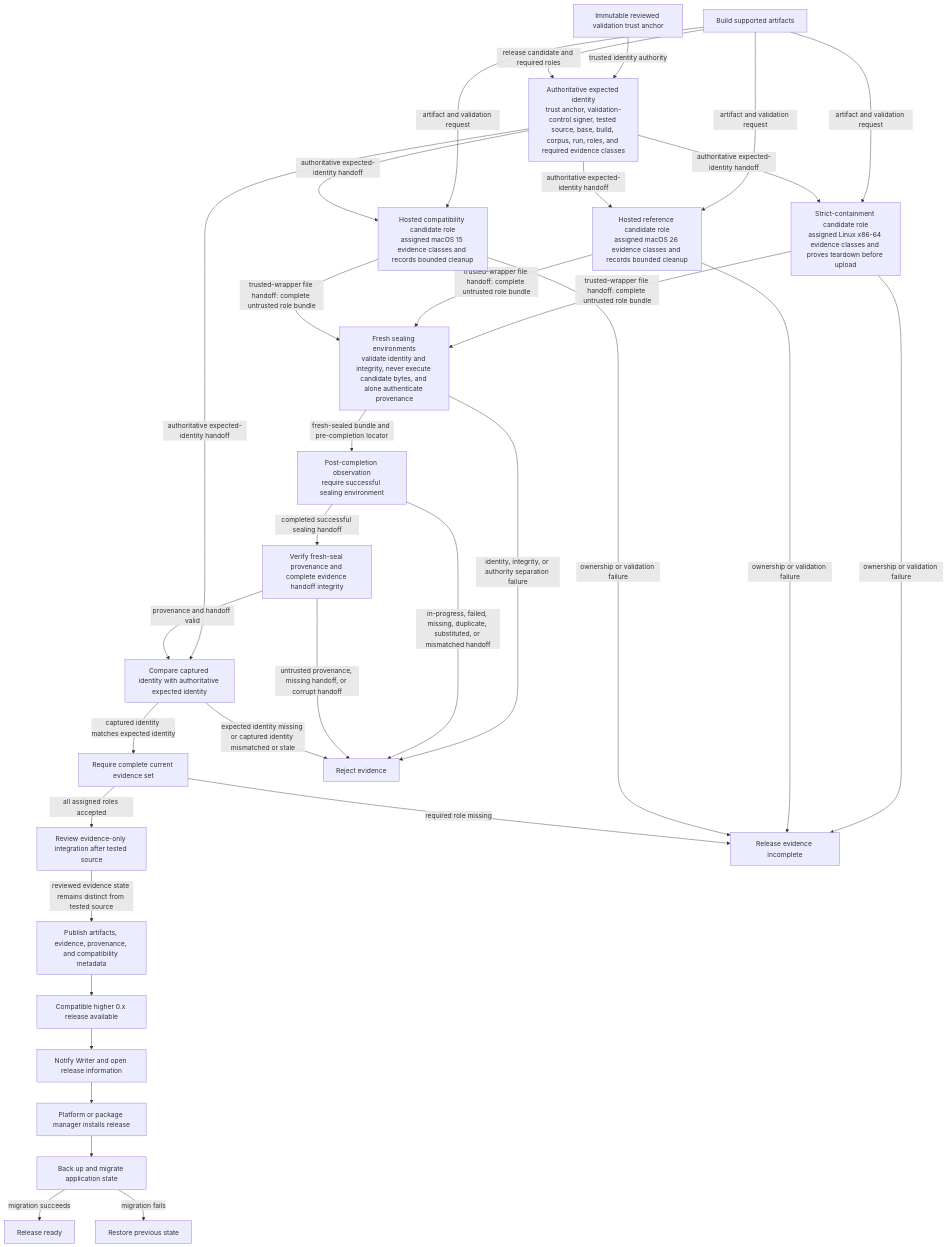
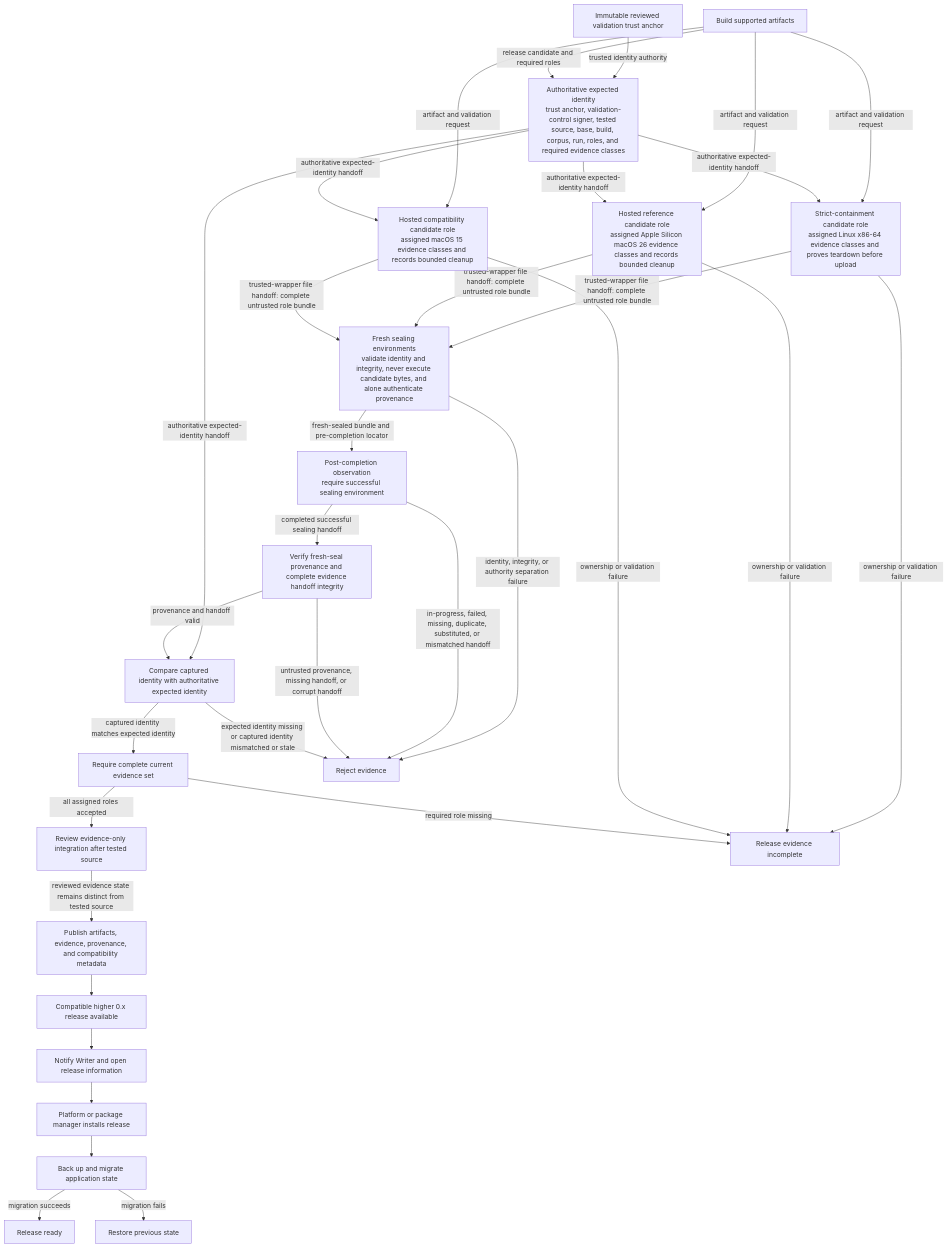
Before and after one commit to SkrOYC/burlmd: the diagram in .constitution/architecture/flows/flow-release.md, drawn with Mermaid.

Commit message:
docs(architecture): restore Apple Silicon release role qualifier

````diff
--- a/.constitution/architecture/flows/flow-release.md
+++ b/.constitution/architecture/flows/flow-release.md
@@ -13,57 +13,57 @@
 ```mermaid
 flowchart TD
     Build[Build supported artifacts]
     Trust[Immutable reviewed validation trust anchor]
     Expected[Authoritative expected identity\ntrust anchor, validation-control signer, tested source, base, build, corpus, run, roles, and required evidence classes]
     Linux[Strict-containment candidate role\nassigned Linux x86-64 evidence classes and proves teardown before upload]
-    MacReference[Hosted reference candidate role\nassigned macOS 26 evidence classes and records bounded cleanup]
+    MacReference[Hosted reference candidate role\nassigned Apple Silicon macOS 26 evidence classes and records bounded cleanup]
     MacCompatibility[Hosted compatibility candidate role\nassigned macOS 15 evidence classes and records bounded cleanup]
     Seal[Fresh sealing environments\nvalidate identity and integrity, never execute candidate bytes, and alone authenticate provenance]
     Observe[Post-completion observation\nrequire successful sealing environment]
     Integrity[Verify fresh-seal provenance and complete evidence handoff integrity]
     Identity[Compare captured identity with authoritative expected identity]
     Complete[Require complete current evidence set]
     Report[Review evidence-only integration after tested source]
     Publish[Publish artifacts, evidence, provenance, and compatibility metadata]
     Available[Compatible higher 0.x release available]
     Notify[Notify Writer and open release information]
     PlatformInstall[Platform or package manager installs release]
     Migrating[Back up and migrate application state]
     Ready[Release ready]
     PreviousState[Restore previous state]
     Failed[Release evidence incomplete]
     Rejected[Reject evidence]
 
     Trust -->|trusted identity authority| Expected
     Build -->|release candidate and required roles| Expected
     Build -->|artifact and validation request| Linux
     Build -->|artifact and validation request| MacReference
     Build -->|artifact and validation request| MacCompatibility
     Expected -->|authoritative expected-identity handoff| Linux
     Expected -->|authoritative expected-identity handoff| MacReference
     Expected -->|authoritative expected-identity handoff| MacCompatibility
     Expected -->|authoritative expected-identity handoff| Identity
     Linux -->|trusted-wrapper file handoff: complete untrusted role bundle| Seal
     MacReference -->|trusted-wrapper file handoff: complete untrusted role bundle| Seal
     MacCompatibility -->|trusted-wrapper file handoff: complete untrusted role bundle| Seal
     Seal -->|fresh-sealed bundle and pre-completion locator| Observe
     Observe -->|completed successful sealing handoff| Integrity
     Linux -->|ownership or validation failure| Failed
     MacReference -->|ownership or validation failure| Failed
     MacCompatibility -->|ownership or validation failure| Failed
     Seal -->|identity, integrity, or authority separation failure| Rejected
     Observe -->|in-progress, failed, missing, duplicate, substituted, or mismatched handoff| Rejected
     Integrity -->|provenance and handoff valid| Identity
     Integrity -->|untrusted provenance, missing handoff, or corrupt handoff| Rejected
     Identity -->|captured identity matches expected identity| Complete
     Identity -->|expected identity missing or captured identity mismatched or stale| Rejected
     Complete -->|all assigned roles accepted| Report
     Complete -->|required role missing| Failed
     Report -->|reviewed evidence state remains distinct from tested source| Publish
     Publish --> Available
     Available --> Notify
     Notify --> PlatformInstall
     PlatformInstall --> Migrating
     Migrating -->|migration succeeds| Ready
     Migrating -->|migration fails| PreviousState
 ```
````
